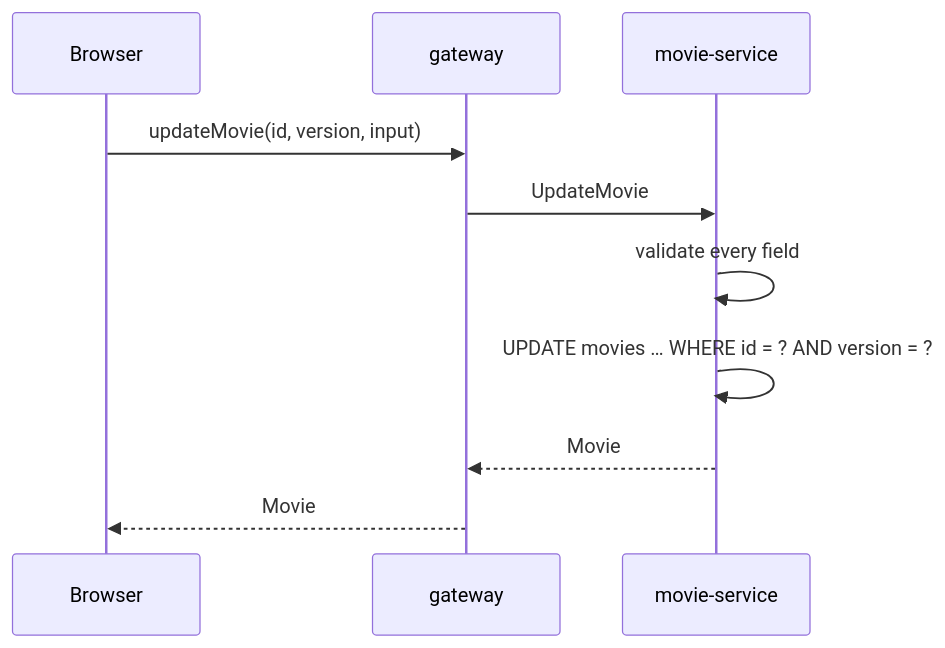
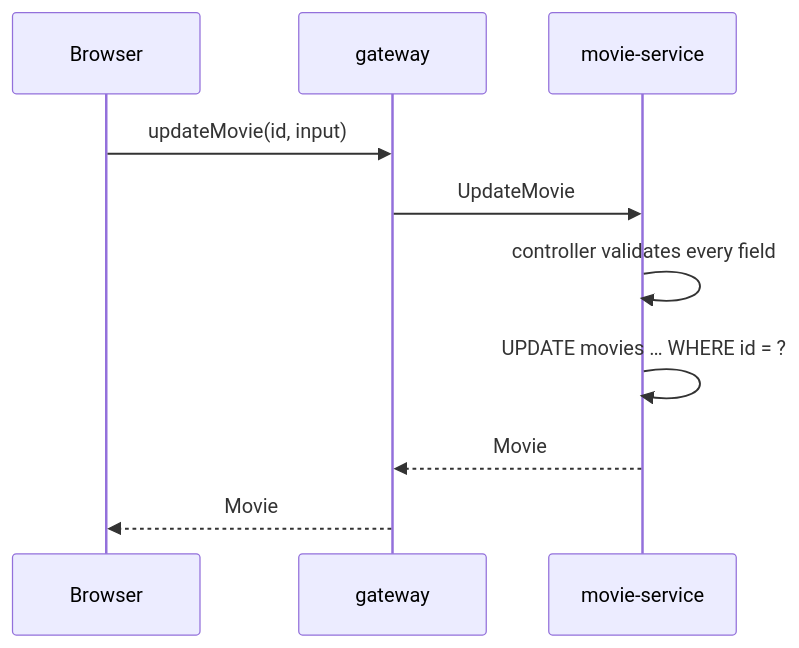
The third of 6 diagrams in docs/backend-design.md (dancepop/svelte-kotlin-try), drawn with Mermaid before and after one commit. The commit also changed other lines of this file and 67 other files, not shown here.

````diff
--- a/docs/backend-design.md
+++ b/docs/backend-design.md
@@ -155,12 +140,12 @@
 ```mermaid
 sequenceDiagram
   participant B as Browser
   participant G as gateway
   participant V as movie-service
-  B->>G: updateMovie(id, version, input)
+  B->>G: updateMovie(id, input)
   G->>V: UpdateMovie
-  V->>V: validate every field
-  V->>V: UPDATE movies … WHERE id = ? AND version = ?
+  V->>V: controller validates every field
+  V->>V: UPDATE movies … WHERE id = ?
   V-->>G: Movie
   G-->>B: Movie
 ```
````
